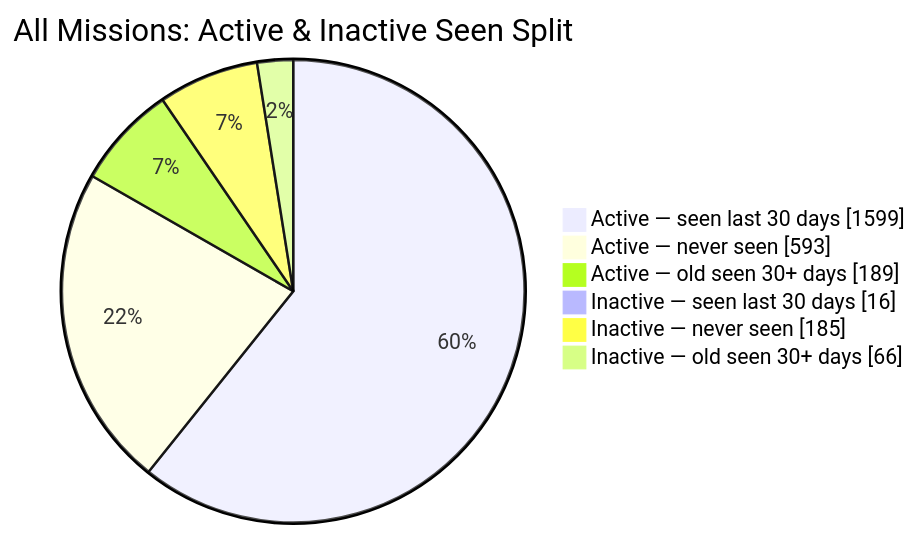
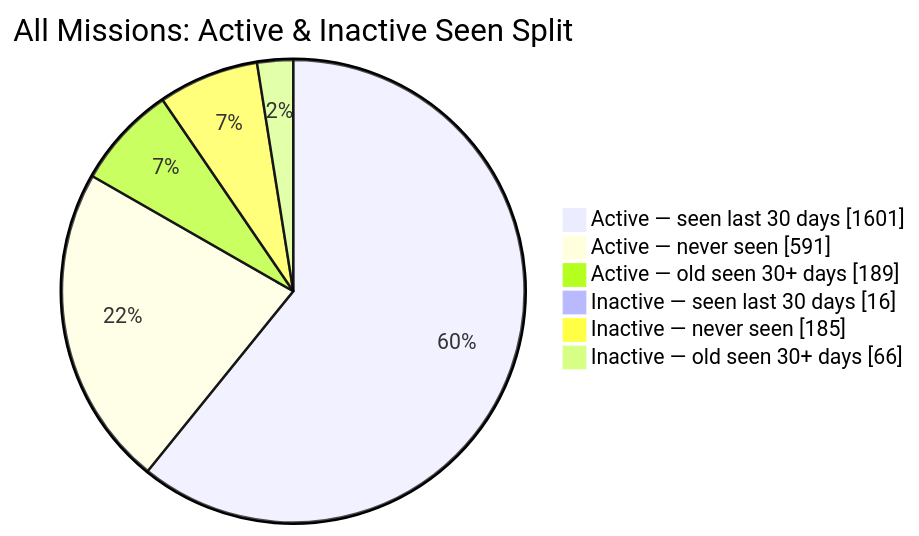
Before and after one commit to MeldkamerspelGameTeam/active-missions: the second of 2 diagrams in README.md, drawn with Mermaid. The commit also changed other lines of this file and 2 other files, not shown here.

````diff
--- a/README.md
+++ b/README.md
@@ -44,10 +44,10 @@
 ```mermaid
 pie showData
     title All Missions: Active & Inactive Seen Split
-    "Active — seen last 30 days" : 1599
-    "Active — never seen" : 593
+    "Active — seen last 30 days" : 1601
+    "Active — never seen" : 591
     "Active — old seen 30+ days" : 189
     "Inactive — seen last 30 days" : 16
     "Inactive — never seen" : 185
     "Inactive — old seen 30+ days" : 66
 ```
````
